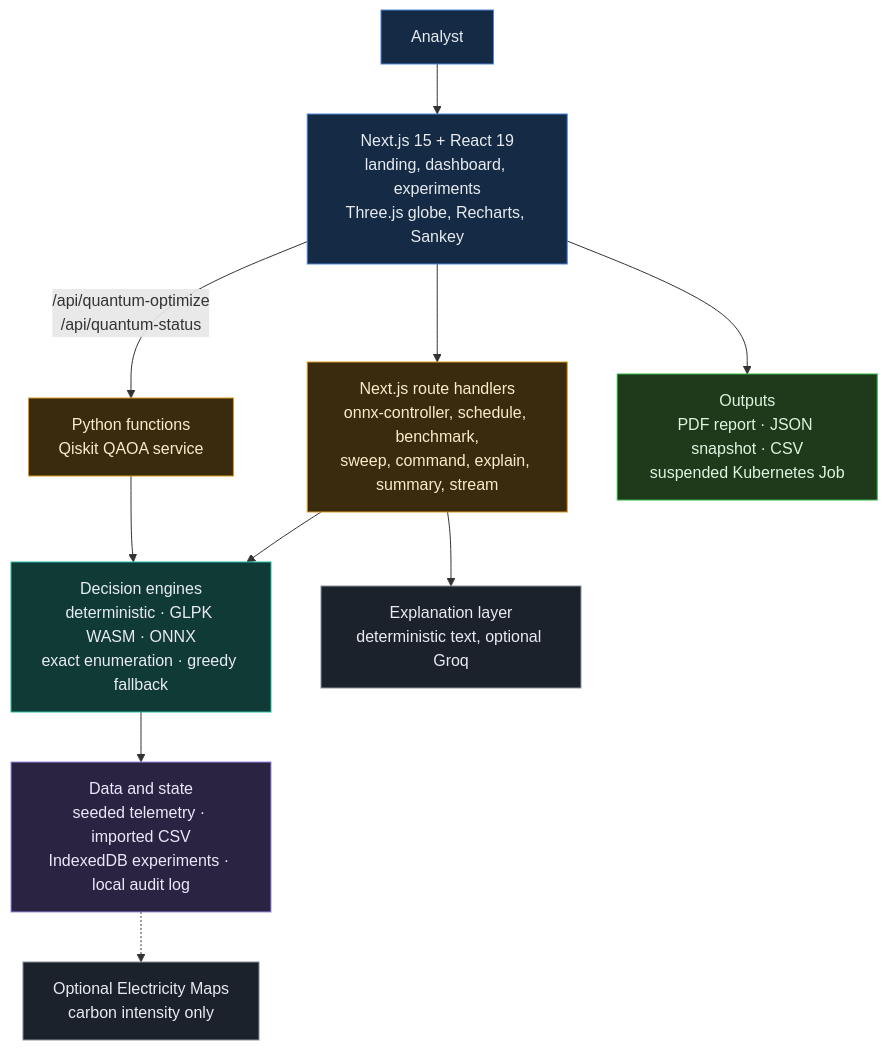
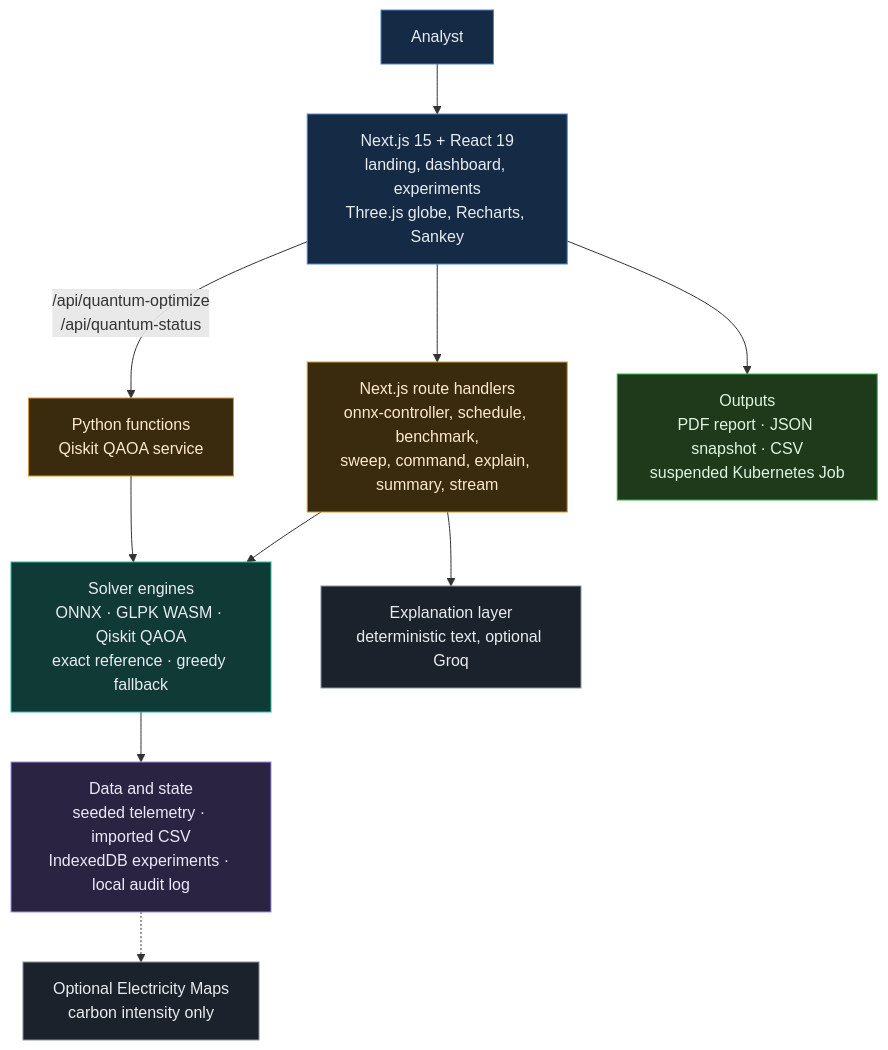
The first of 8 diagrams in README.md (prantikchanda21/Carbon-Ledger), drawn with Mermaid before and after one commit. The commit also changed other lines of this file, not shown here.

````diff
--- a/README.md
+++ b/README.md
@@ -146,19 +146,19 @@
 ```mermaid
 flowchart TB
     classDef ui fill:#142A45,stroke:#4C86D9,color:#E8ECF0
     classDef api fill:#3A2A0E,stroke:#D99A25,color:#FBEBCB
     classDef eng fill:#103A35,stroke:#2BB8A3,color:#E8ECF0
     classDef data fill:#2A2342,stroke:#9D8CE8,color:#ECE8FB
     classDef out fill:#1F3A1A,stroke:#2FB344,color:#DDF5E1
     classDef ext fill:#1B222B,stroke:#8A949F,color:#E8ECF0
 
     U["Analyst"]:::ui --> UI["Next.js 15 + React 19<br/>landing, dashboard, experiments<br/>Three.js globe, Recharts, Sankey"]:::ui
     UI --> API["Next.js route handlers<br/>onnx-controller, schedule, benchmark,<br/>sweep, command, explain, summary, stream"]:::api
     UI -->|"/api/quantum-optimize<br/>/api/quantum-status"| PYAPI["Python functions<br/>Qiskit QAOA service"]:::api
-    API --> ENG["Decision engines<br/>deterministic · GLPK WASM · ONNX<br/>exact enumeration · greedy fallback"]:::eng
+    API --> ENG["Solver engines<br/>ONNX · GLPK WASM · Qiskit QAOA<br/>exact reference · greedy fallback"]:::eng
     PYAPI --> ENG
     ENG --> DATA["Data and state<br/>seeded telemetry · imported CSV<br/>IndexedDB experiments · local audit log"]:::data
     API --> EXPL["Explanation layer<br/>deterministic text, optional Groq"]:::ext
     DATA -.-> FEED["Optional Electricity Maps<br/>carbon intensity only"]:::ext
     UI --> OUT["Outputs<br/>PDF report · JSON snapshot · CSV<br/>suspended Kubernetes Job"]:::out
 ```
````
